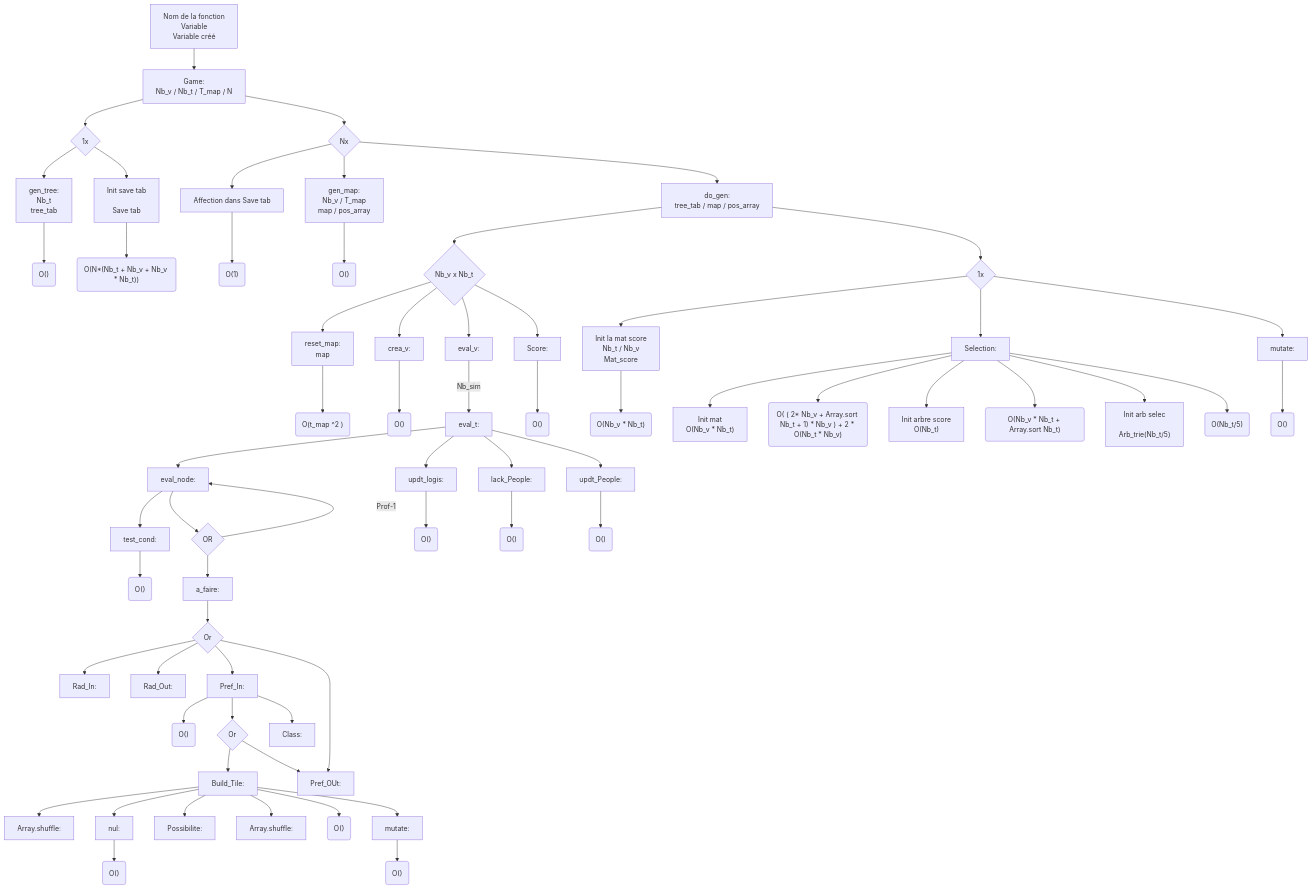
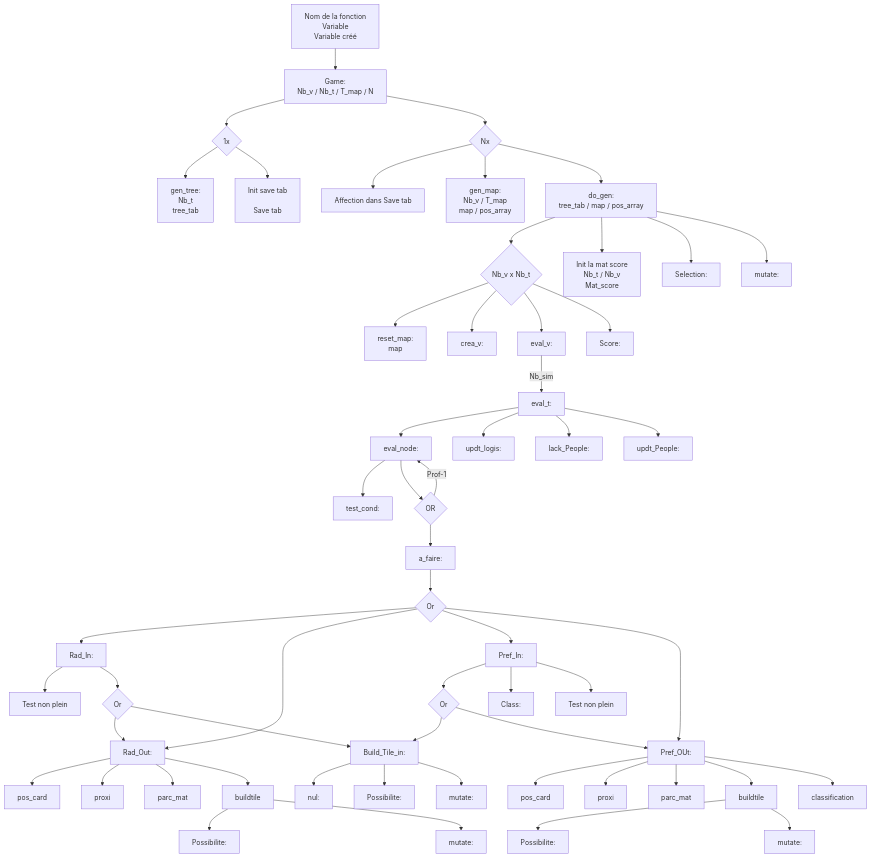
Before and after one commit to chipseater/TIPE: the diagram in Fonction.md, drawn with Mermaid.

Commit message:
Finish Fonction.md

````diff
--- a/Fonction.md
+++ b/Fonction.md
@@ -7,68 +7,31 @@
     A[Game: <br> Nb_v / Nb_t / T_map / N ]--> A01{ 1x};
     A01 --> B[gen_tree: <br> Nb_t <br> tree_tab ];
     A01 --> A02[Init save tab <br> <br> Save tab];
-    A02 --> A03("O(N*(Nb_t + Nb_v + Nb_v * Nb_t))");
-
-    B --> A22("O()");
 
     A --> C{ Nx};
     C --> A04[Affection dans Save tab];
-    A04 --> A05("O(1)");
     C --> D[gen_map: <br> Nb_v / T_map <br> map / pos_array ];
-
-    D --> A23("O()");
 
     C --> E[do_gen: <br> tree_tab / map / pos_array];
     E --> F{Nb_v x Nb_t};
-    E --> G{1x};
     F --> H[reset_map: <br> map <br>];
 
-    H --> A24("O(t_map ^2 )");
-
     F --> I[crea_v: <br>];
-    
-    I --> A25("O()");    
-    
     F --> J[eval_v: <br>];    
     F --> K[Score: <br>];
     
-    K --> A26("O()");
-    G --> A06[Init la mat score <br> Nb_t / Nb_v <br> Mat_score];
-    A06 --> A07("O(Nb_v * Nb_t)");
+    E --> A06[Init la mat score <br> Nb_t / Nb_v <br> Mat_score];
 
-    G --> L[Selection: <br>];
+    E --> L[Selection: <br>];
     
-    L --> A27["Init mat <br> O(Nb_v * Nb_t)"];
-    L --> A09("O( ( 2* Nb_v + Array.sort Nb_t + 1) * Nb_v ) + 2 * O(Nb_t * Nb_v)"); 
-    L --> A005["Init arbre score<br>O(Nb_t)"];
-    L --> A007("O(Nb_v * Nb_t + Array.sort Nb_t)");
-    L --> A009["Init arb selec <br> <br> Arb_trie(Nb_t/5) "];
-    L--> A011("O(Nb_t/5)");
-
-
-
-
-
-
-
-
-    G --> M[mutate: <br>];
-
-    M --> A28("O()");
-
+    E --> M[mutate: <br>];
 
     J -- Nb_sim -->  A0[eval_t: <br>];
     A0 --> A1[eval_node: <br>];    
     A0 --> A2[updt_logis: <br>];    
     A0 --> A3[lack_People: <br>];    
     A0 --> A4[updt_People: <br>];    
-    A4 --> A211("O()");
-
-    A2 --> A21("O()");
-    A3 --> A31("O()");
-
     A1 --> B1[test_cond: <br>];
-    B1 --> A29("O()");
 
     A1 --> B2{"OR"};
     B2 -- "Prof-1" --> A1;
@@ -80,22 +43,44 @@
     B5 --> C3[Pref_In: <br>];
     B5 --> C4[Pref_OUt: <br>];
 
-    C3 --> C6("O()") 
     C3 --> C5{"Or"};
-    C5 --> C8[Build_Tile: <br>];
+    C5 --> C8[Build_Tile_in: <br>];
     C3 --> C7[Class: <br>];
 
     C5 --> C4;
 
-    C8 --> C10[Array.shuffle: <br>];
     C8 --> C11[nul: <br>];
     C8 --> C12[Possibilite: <br>];
-    C8 --> C14[Array.shuffle: <br>];
-    C8 --> C15("O()");
     C8 --> C16[mutate: <br>];
 
-    C11 --> C13("O()");
-    C16 --> C17("O()");
+    
+    
+    C1 --> C17[Test non plein];
+    C3 --> D17[Test non plein];
+
+    C1 --> C18{"Or"};
+    
+    C18 --> C2;
+    C18 --> C8;
+    D2 --> D12[Possibilite: <br>];
 
 
+    C2 --> C19[pos_card];
+    C2 --> C20[proxi];
+    C2 --> C21[parc_mat];
+    C2 --> D1[buildtile];
+
+
+    C4 --> D19[pos_card];
+    C4 --> D20[proxi];
+    C4 --> D21[parc_mat];
+    C4 --> D2[buildtile];
+
+    C4 --> D22[classification];
+
+    D1 --> D13[Possibilite: <br>]; 
+    D1 --> E1[mutate: <br>];
+    D2 --> E2[mutate: <br>];
+    
+
 ```
````
